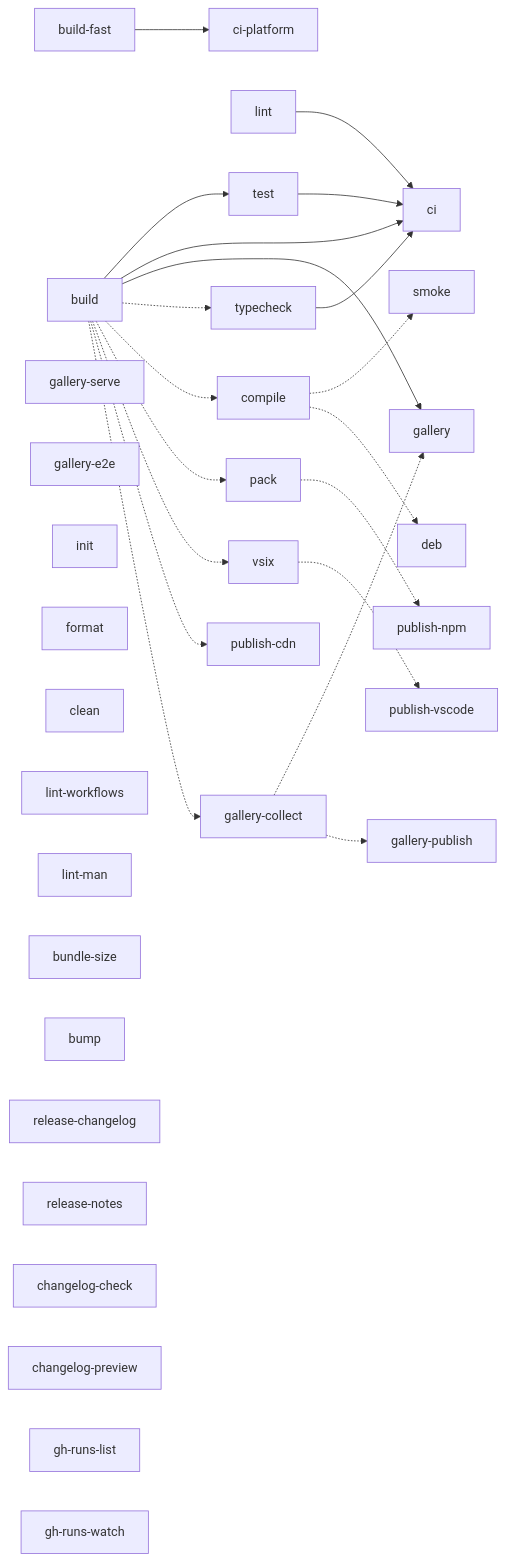
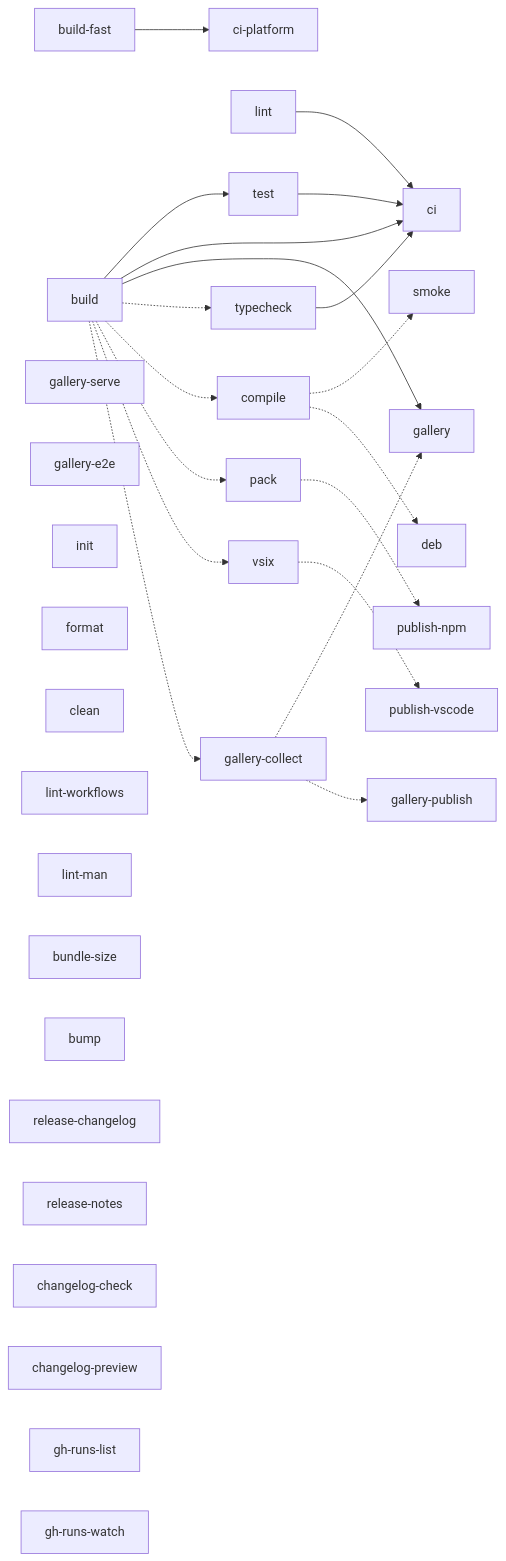
The diagram in Makefile.md (lolay/nowline), drawn with Mermaid before and after one commit. The commit also changed other lines of this file and 5 other files, not shown here.

First line of the commit message:
Describe jsDelivr as the embed CDN and drop publish-cdn (#255)

````diff
--- a/Makefile.md
+++ b/Makefile.md
@@ -12,45 +12,44 @@
 ```mermaid
 graph LR
     %% solid = hard prerequisite (make runs the left target first)
     build --> test
     lint --> ci
     build --> ci
     typecheck --> ci
     test --> ci
     build_fast["build-fast"] --> ci_platform["ci-platform"]
     build --> gallery
 
     %% dotted = consumes the left target's output but is not a hard make
     %% prerequisite: typecheck is ordered after build inside ci instead, and
     %% the release artifacts come from a separate CI job (see "Why publish-*
     %% don't hard-depend on build" below)
     build -.-> typecheck
     build -.-> compile
     compile -.-> smoke
     compile -.-> deb
     build -.-> pack
     build -.-> vsix
     pack -.-> publish_npm["publish-npm"]
     vsix -.-> publish_vscode["publish-vscode"]
-    build -.-> publish_cdn["publish-cdn"]
     build -.-> gallery_collect["gallery-collect"]
     gallery_collect -.-> gallery
     gallery_collect -.-> gallery_publish["gallery-publish"]
 
     %% standalone
     gallery_serve["gallery-serve"]
     gallery_e2e["gallery-e2e"]
     init
     format
     clean
     lint_workflows["lint-workflows"]
     lint_man["lint-man"]
     bundle_size["bundle-size"]
     bump
     release_changelog["release-changelog"]
     release_notes["release-notes"]
     changelog_check["changelog-check"]
     changelog_preview["changelog-preview"]
     gh_runs_list["gh-runs-list"]
     gh_runs_watch["gh-runs-watch"]
 ```
````
